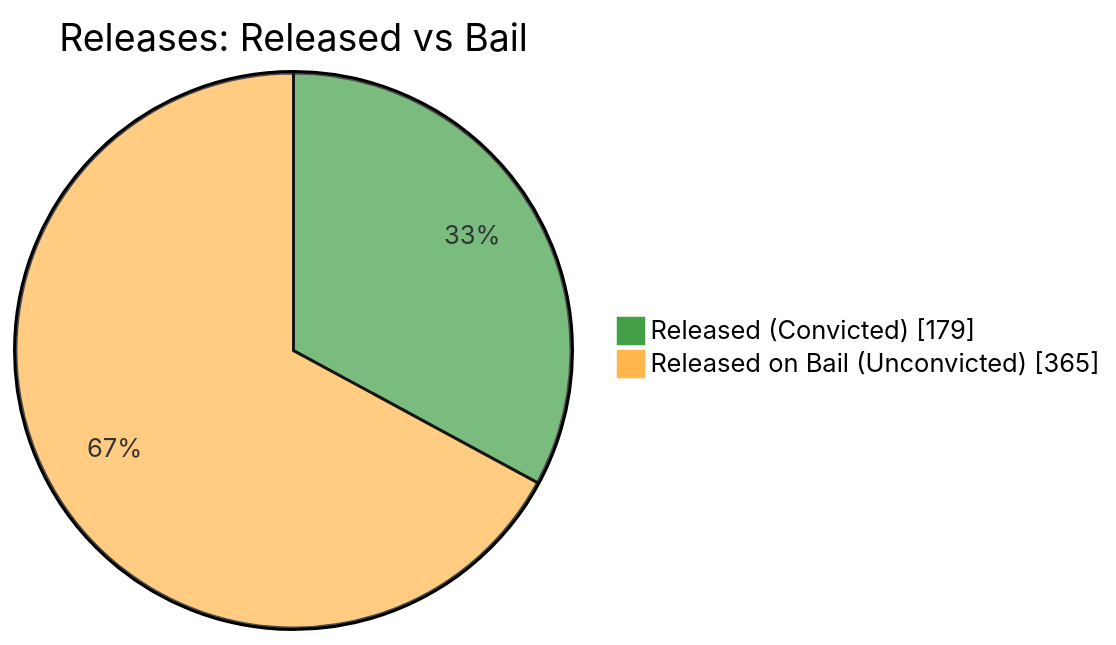
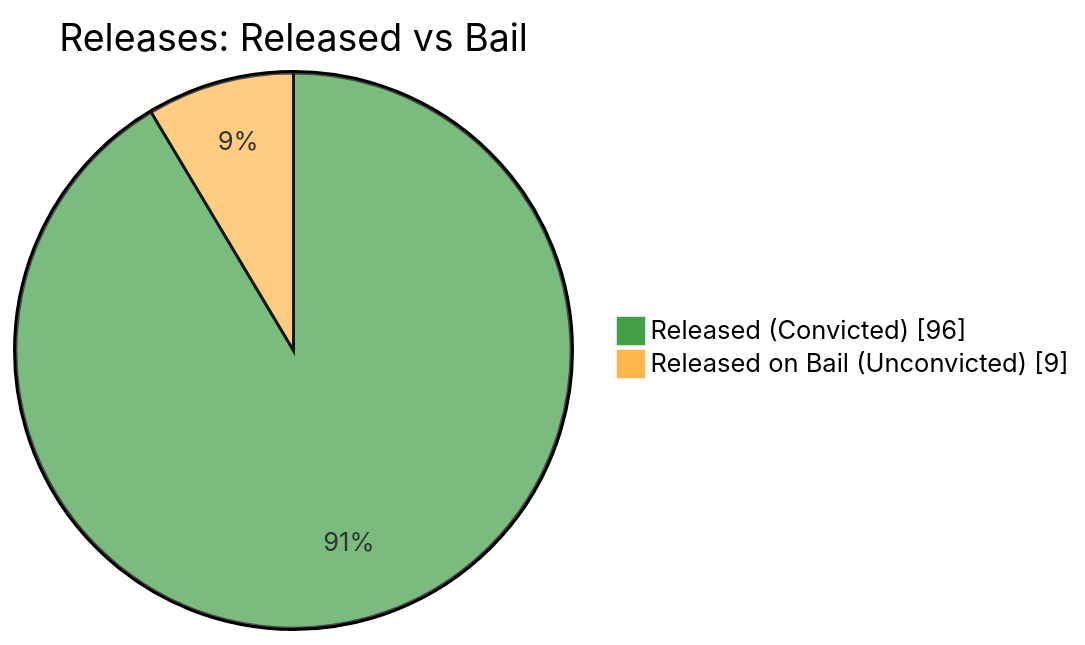
Before and after one commit to nuuuwan/lk_prisons: the fifth of 7 diagrams in README.md, drawn with Mermaid. The commit also changed other lines of this file and 1 other file, not shown here.

````diff
--- a/README.md
+++ b/README.md
@@ -87,6 +87,6 @@
 ```mermaid
 %%{init: {'themeVariables': {'pie1': '#43A047', 'pie2': '#FFB74D'}}}%%
 pie showData title Releases: Released vs Bail
-    "Released (Convicted)" : 179
-    "Released on Bail (Unconvicted)" : 365
+    "Released (Convicted)" : 96
+    "Released on Bail (Unconvicted)" : 9
 ```
````
